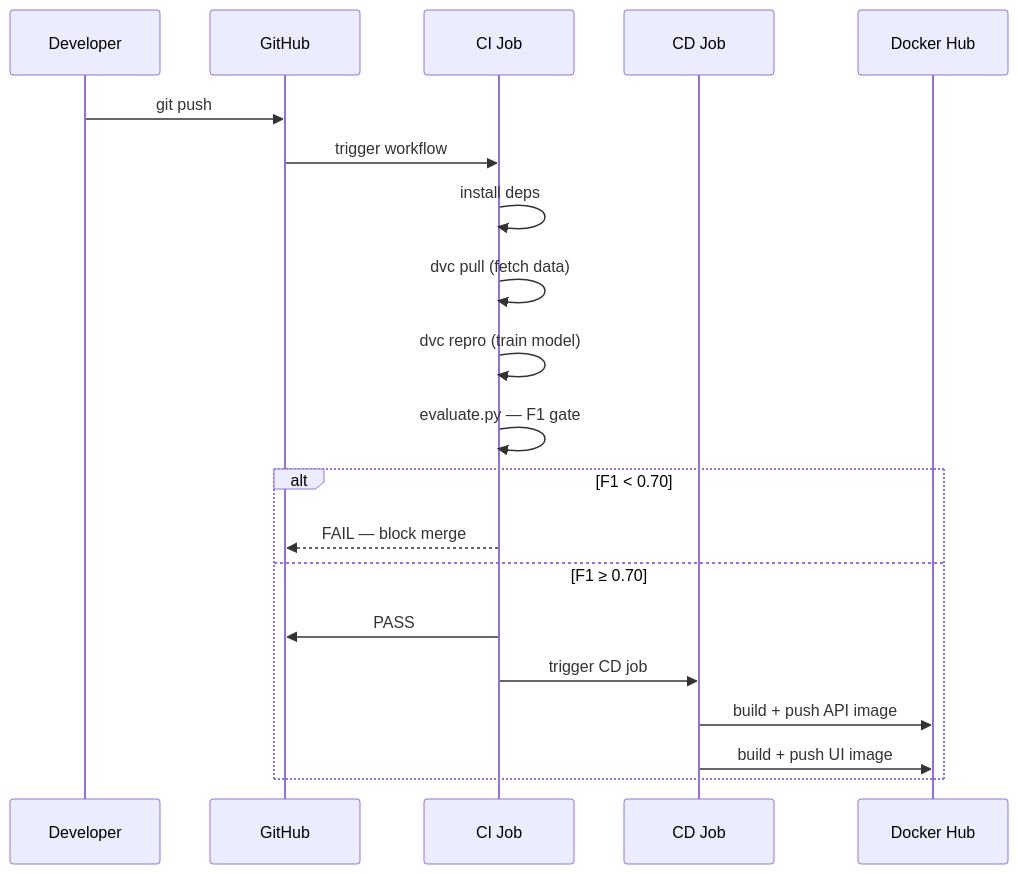
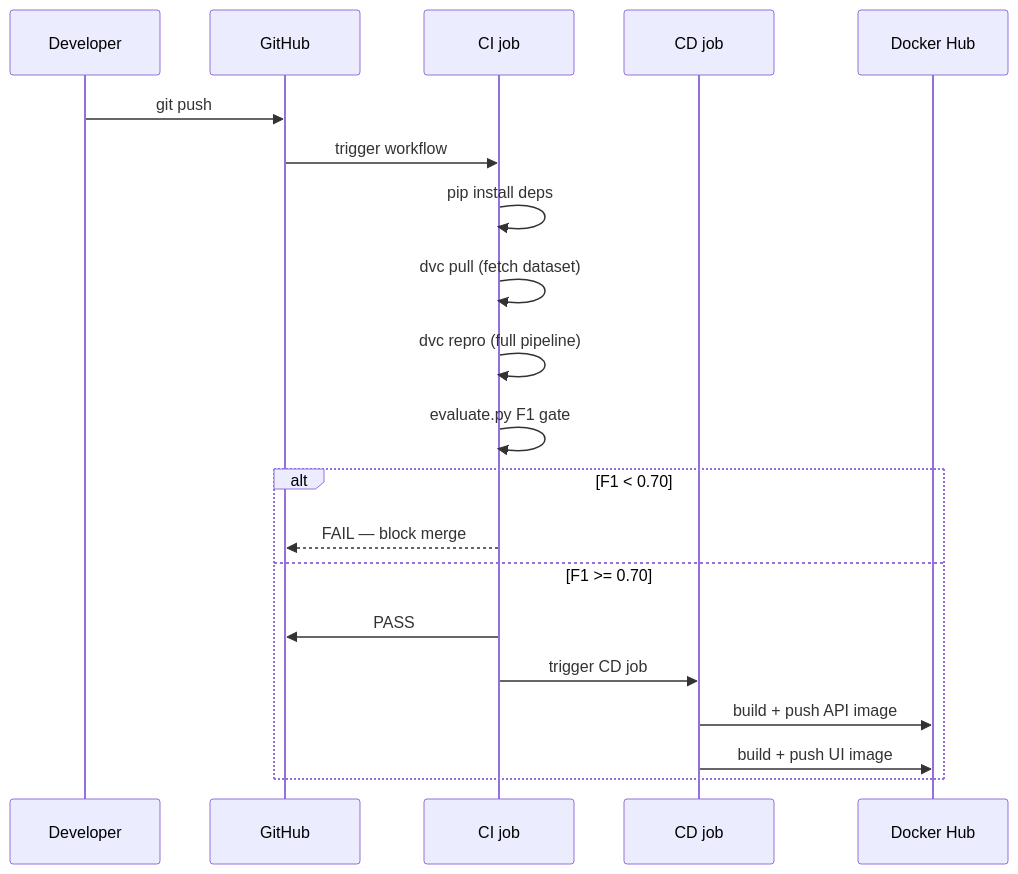
Before and after one commit to Amith-Ganta/MLOPS-mlflow-DagsHub-DVC-Airflow: the third of 6 diagrams in README.md, drawn with Mermaid. The commit also changed other lines of this file, not shown here.

````diff
--- a/README.md
+++ b/README.md
@@ -112,23 +112,23 @@
 ```mermaid
 sequenceDiagram
     participant DEV as Developer
     participant GH as GitHub
-    participant CI as CI Job
-    participant CD as CD Job
+    participant CI as CI job
+    participant CD as CD job
     participant DH as Docker Hub
 
     DEV->>GH: git push
     GH->>CI: trigger workflow
-    CI->>CI: install deps
-    CI->>CI: dvc pull (fetch data)
-    CI->>CI: dvc repro (train model)
-    CI->>CI: evaluate.py — F1 gate
+    CI->>CI: pip install deps
+    CI->>CI: dvc pull (fetch dataset)
+    CI->>CI: dvc repro (full pipeline)
+    CI->>CI: evaluate.py F1 gate
     alt F1 < 0.70
         CI-->>GH: FAIL — block merge
-    else F1 ≥ 0.70
+    else F1 >= 0.70
         CI->>GH: PASS
         CI->>CD: trigger CD job
         CD->>DH: build + push API image
         CD->>DH: build + push UI image
     end
 ```
````
